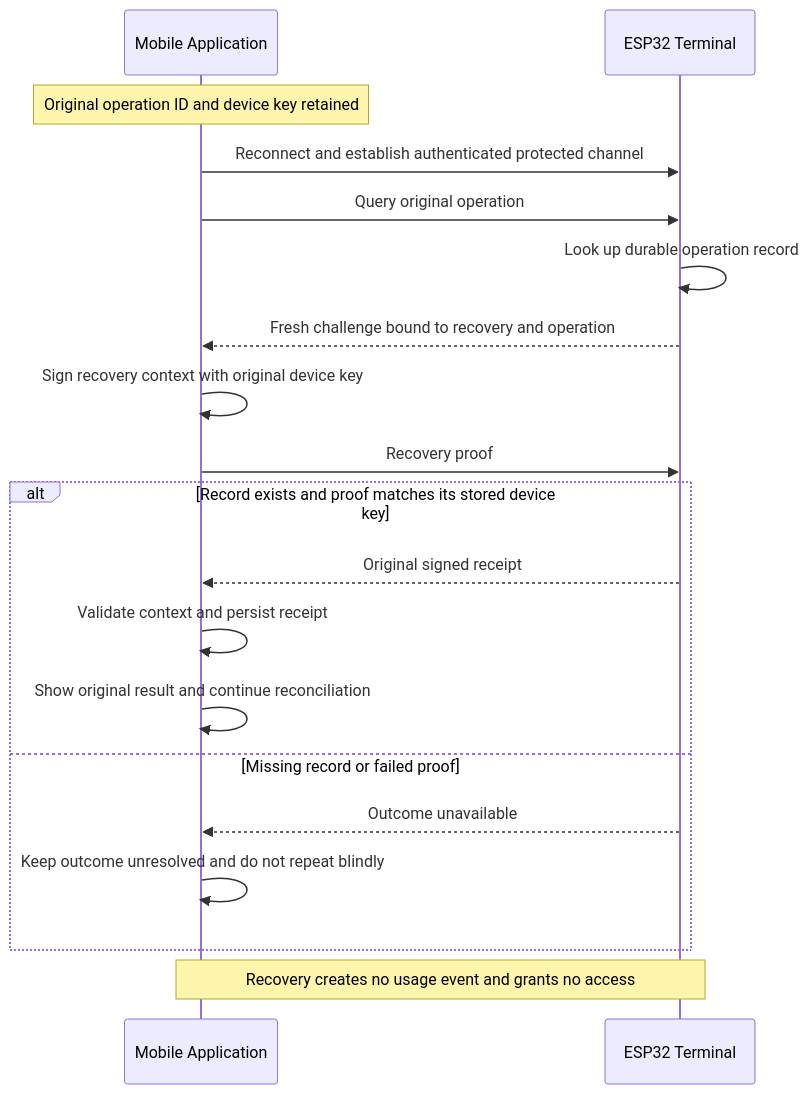
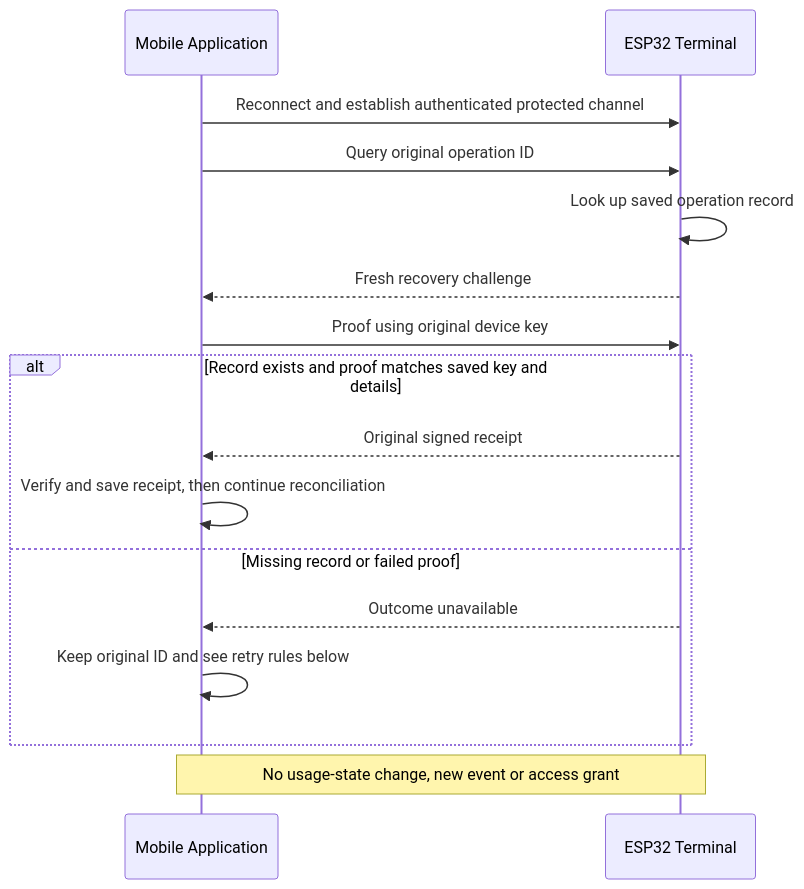
The third of 3 diagrams in docs/ble-communication-flow.md (thomas-sartini/ble-booking-system), drawn with Mermaid before and after one commit. The commit also changed other lines of this file, not shown here.

First line of the commit message:
docs(ble): refine communication flow and simplify language

````diff
--- a/docs/ble-communication-flow.md
+++ b/docs/ble-communication-flow.md
@@ -188,21 +245,18 @@
 ```mermaid
 sequenceDiagram
     participant App as Mobile Application
     participant T as ESP32 Terminal
-    Note over App: Original operation ID and device key retained
     App->>T: Reconnect and establish authenticated protected channel
-    App->>T: Query original operation
-    T->>T: Look up durable operation record
-    T-->>App: Fresh challenge bound to recovery and operation
-    App->>App: Sign recovery context with original device key
-    App->>T: Recovery proof
-    alt Record exists and proof matches its stored device key
+    App->>T: Query original operation ID
+    T->>T: Look up saved operation record
+    T-->>App: Fresh recovery challenge
+    App->>T: Proof using original device key
+    alt Record exists and proof matches saved key and details
         T-->>App: Original signed receipt
-        App->>App: Validate context and persist receipt
-        App->>App: Show original result and continue reconciliation
+        App->>App: Verify and save receipt, then continue reconciliation
     else Missing record or failed proof
         T-->>App: Outcome unavailable
-        App->>App: Keep outcome unresolved and do not repeat blindly
+        App->>App: Keep original ID and see retry rules below
     end
-    Note over App,T: Recovery creates no usage event and grants no access
+    Note over App,T: No usage-state change, new event or access grant
 ```
````
